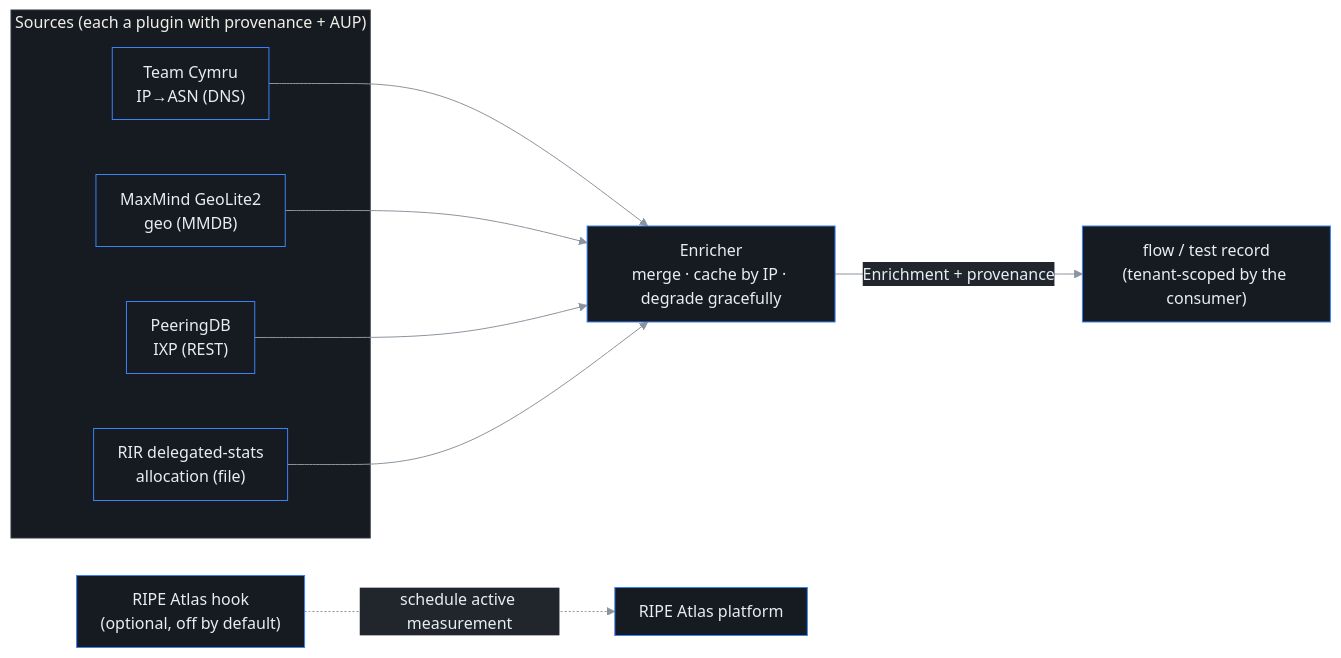
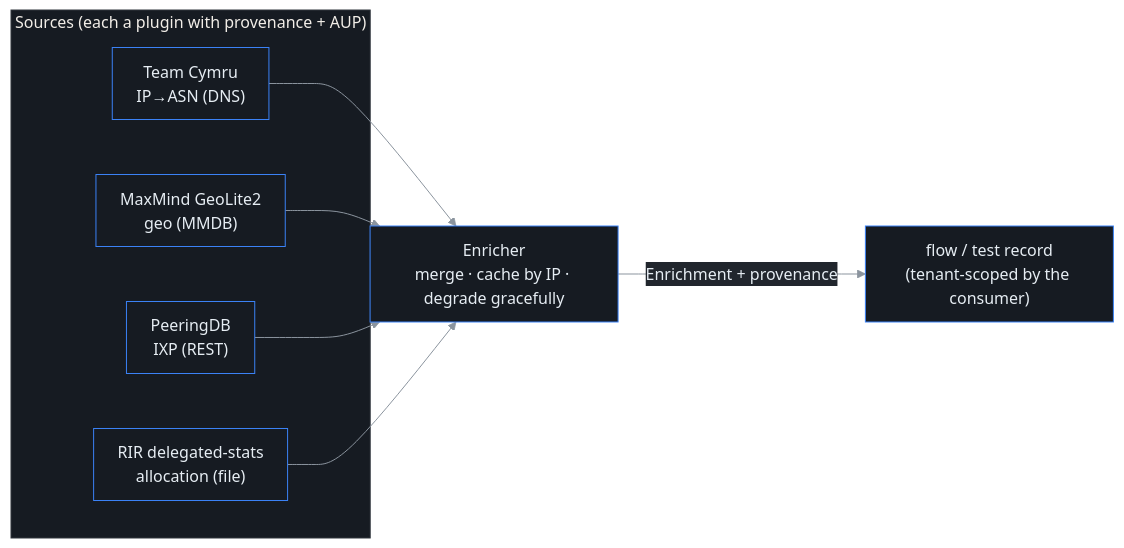
Before and after one commit to ctlplne/probectl: the third of 7 diagrams in docs/architecture.md, drawn with Mermaid. The commit also changed other lines of this file and 24 other files, not shown here.

````diff
--- a/docs/architecture.md
+++ b/docs/architecture.md
@@ -575,16 +575,15 @@
 ```mermaid
 %%{init: {'theme':'base','themeVariables':{'background':'#0d1117','primaryColor':'#161b22','primaryTextColor':'#e6edf3','primaryBorderColor':'#3b82f6','lineColor':'#8b949e','secondaryColor':'#21262d','tertiaryColor':'#0d1117','clusterBkg':'#161b22','clusterBorder':'#30363d','fontFamily':'ui-monospace, SFMono-Regular, Menlo, monospace'},'flowchart':{'curve':'basis','nodeSpacing':55,'rankSpacing':55,'padding':12}}}%%
 flowchart LR
     subgraph Sources["Sources (each a plugin with provenance + AUP)"]
         Cymru["Team Cymru<br/>IP→ASN (DNS)"]
         Geo["MaxMind GeoLite2<br/>geo (MMDB)"]
         PDB["PeeringDB<br/>IXP (REST)"]
         RIR["RIR delegated-stats<br/>allocation (file)"]
     end
     Cymru --> EN["Enricher<br/>merge · cache by IP · degrade gracefully"]
     Geo --> EN
     PDB --> EN
     RIR --> EN
     EN -->|Enrichment + provenance| REC["flow / test record<br/>(tenant-scoped by the consumer)"]
-    Atlas["RIPE Atlas hook<br/>(optional, off by default)"] -.->|schedule active measurement| EXT["RIPE Atlas platform"]
 ```
````
